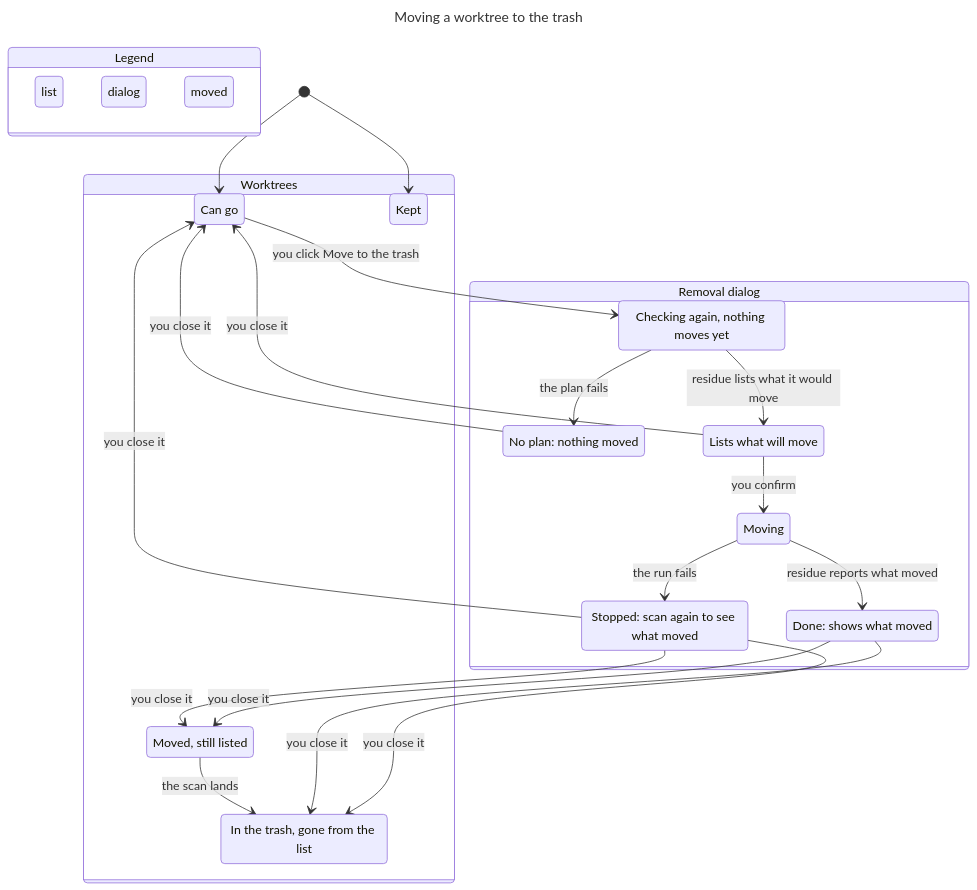
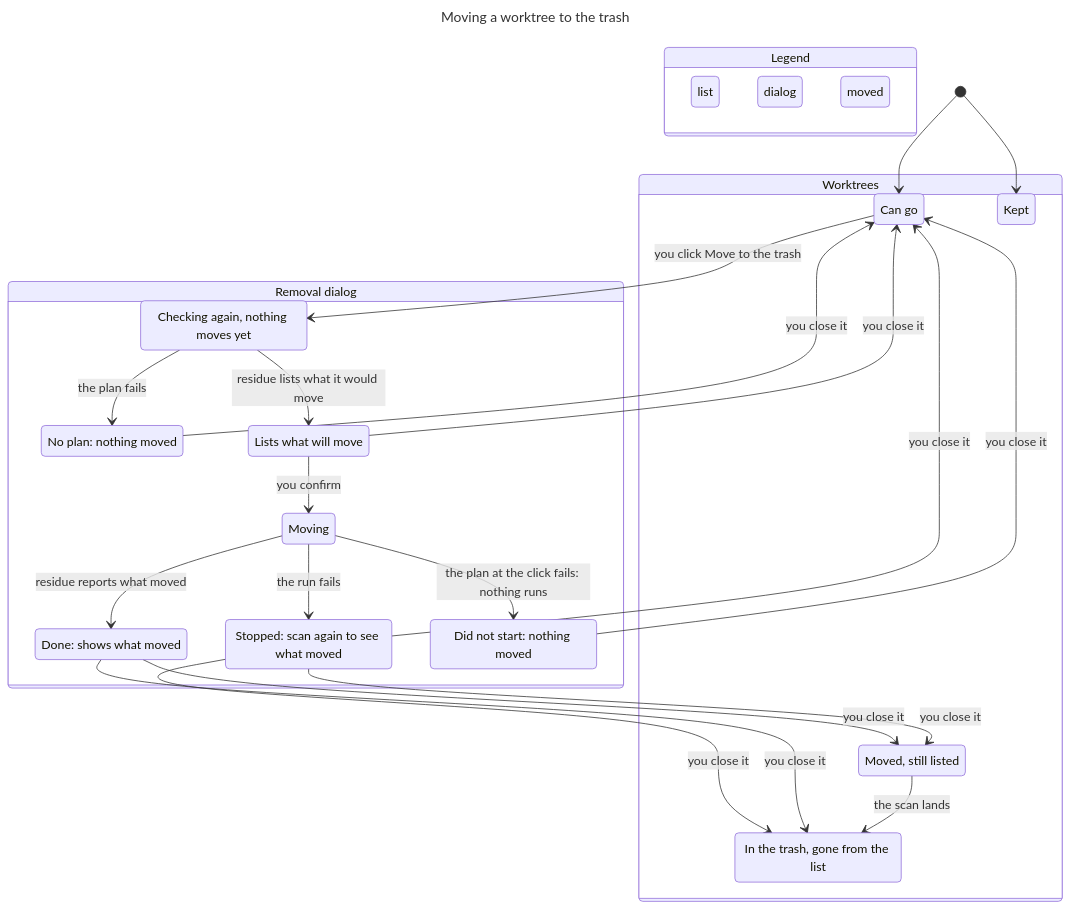
The diagram in .agents/skills/verify-confirm-flows/model/remove.mmd (whiteheap/residue-desktop), drawn with Mermaid before and after one commit. The commit also changed 34 other files, not shown here.

```diff
--- a/.agents/skills/verify-confirm-flows/model/remove.mmd
+++ b/.agents/skills/verify-confirm-flows/model/remove.mmd
@@ -1,52 +1,56 @@
 ---
 title: "Moving a worktree to the trash"
 ---
 stateDiagram-v2
   state "Legend" as legend {
     lg0: list
     lg1: dialog
     lg2: moved
   }
   class lg0 teal
   class lg1 blue
   class lg2 orange
   state "Worktrees" as s0 {
     s1: Can go
     s2: Kept
     s3: Moved, still listed
     s4: In the trash, gone from the list
   }
   state "Removal dialog" as s5 {
     s6: Checking again, nothing moves yet
     s7: No plan: nothing moved
     s8: Lists what will move
     s9: Moving
     s10: Stopped: scan again to see what moved
     s11: Done: shows what moved
+    s12: Did not start: nothing moved
   }
   [*] --> s1
   [*] --> s2
   s1 --> s6: you click Move to the trash
   s6 --> s7: the plan fails
   s6 --> s8: residue lists what it would move
   s7 --> s1: you close it
   s8 --> s9: you confirm
   s8 --> s1: you close it
   s9 --> s10: the run fails
   s9 --> s11: residue reports what moved
+  s9 --> s12: the plan at the click fails: nothing runs
+  s12 --> s1: you close it
   s10 --> s1: you close it
   s10 --> s3: you close it
   s11 --> s3: you close it
   s3 --> s4: the scan lands
   s11 --> s4: you close it
   s10 --> s4: you close it
   class s1 teal
   class s2 teal
   class s3 orange
   class s4 orange
   class s6 blue
   class s7 blue
   class s8 blue
   class s9 blue
   class s10 blue
   class s11 blue
+  class s12 blue
```
